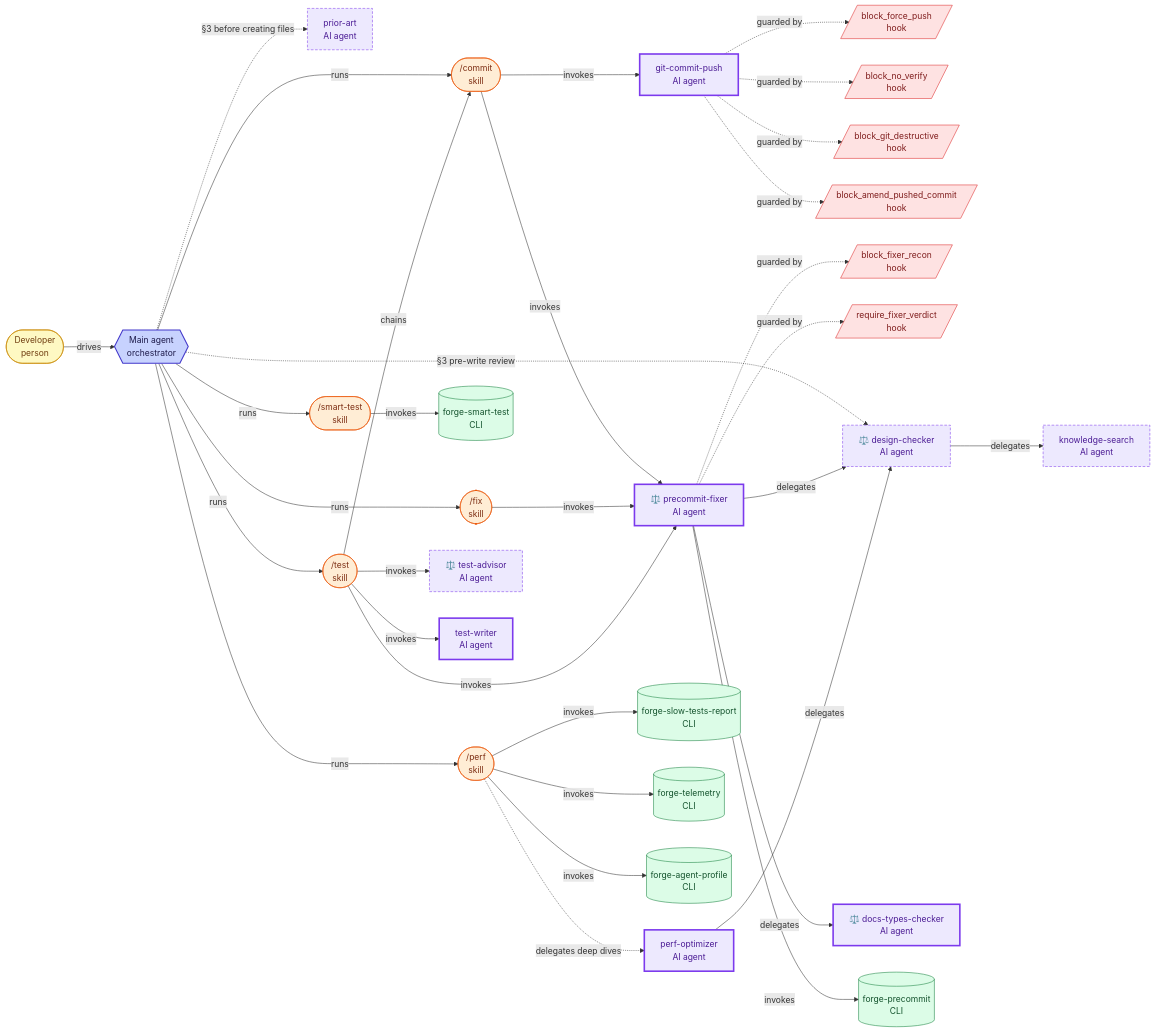
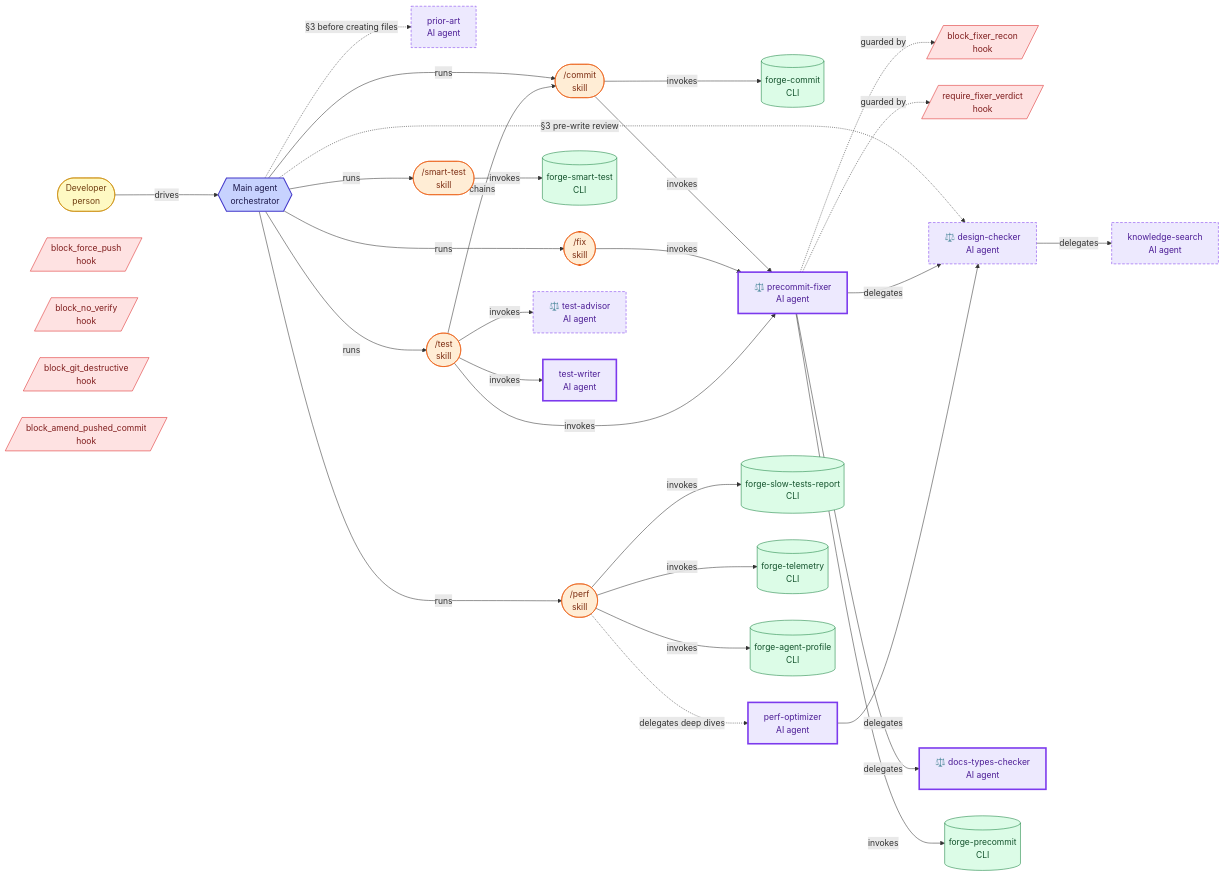
Before and after one commit to misnaej/forge: the second of 7 diagrams in docs/agent-architecture.md, drawn with Mermaid. The commit also changed 40 other files, not shown here.

First line of the commit message:
refactor(commit): retire the commit agent; workflows run forge-commit

```diff
--- a/docs/agent-architecture.md
+++ b/docs/agent-architecture.md
@@ -117,7 +117,7 @@
   sk_fix(["/fix<br/>skill"])
   cli_forge_precommit[("forge-precommit<br/>CLI")]
   cli_forge_smart_test[("forge-smart-test<br/>CLI")]
-  git_commit_push["git-commit-push<br/>AI agent"]
+  cli_forge_commit[("forge-commit<br/>CLI")]
   knowledge_search["knowledge-search<br/>AI agent"]
   perf_optimizer["perf-optimizer<br/>AI agent"]
   prior_art["prior-art<br/>AI agent"]
@@ -146,7 +146,7 @@
   design_checker -->|delegates| knowledge_search
   perf_optimizer -->|delegates| design_checker
   sk_commit -->|invokes| precommit_fixer
-  sk_commit -->|invokes| git_commit_push
+  sk_commit -->|invokes| cli_forge_commit
   sk_fix -->|invokes| precommit_fixer
   sk_test -->|invokes| test_advisor
   sk_test -->|invokes| test_writer
@@ -154,10 +154,6 @@
   sk_test -->|chains| sk_commit
   precommit_fixer -->|invokes| cli_forge_precommit
   sk_smart_test -->|invokes| cli_forge_smart_test
-  git_commit_push -.->|guarded by| hk_block_no_verify
-  git_commit_push -.->|guarded by| hk_block_force_push
-  git_commit_push -.->|guarded by| hk_block_git_destructive
-  git_commit_push -.->|guarded by| hk_block_amend_pushed_commit
   precommit_fixer -.->|guarded by| hk_block_fixer_recon
   precommit_fixer -.->|guarded by| hk_require_fixer_verdict
   class human person
@@ -176,8 +172,7 @@
   class sk_fix skill
   class cli_forge_precommit cli
   class cli_forge_smart_test cli
-  class git_commit_push agent
-  class git_commit_push mutator
+  class cli_forge_commit cli
   class knowledge_search agent
   class knowledge_search reporter
   class perf_optimizer agent
```
